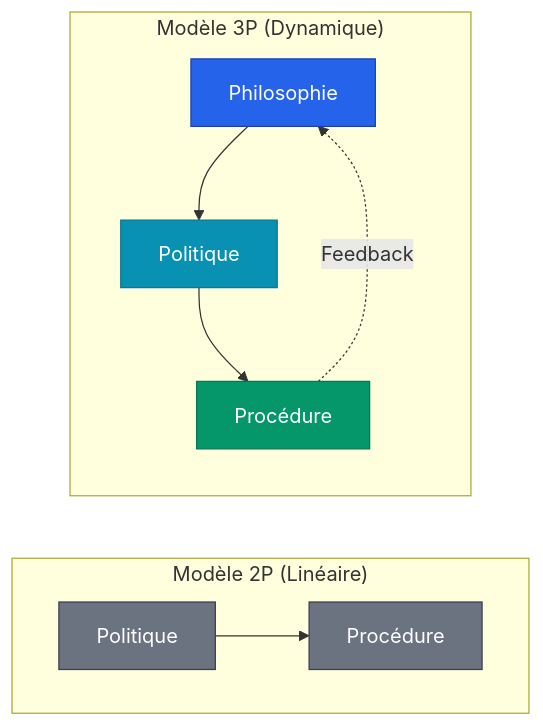
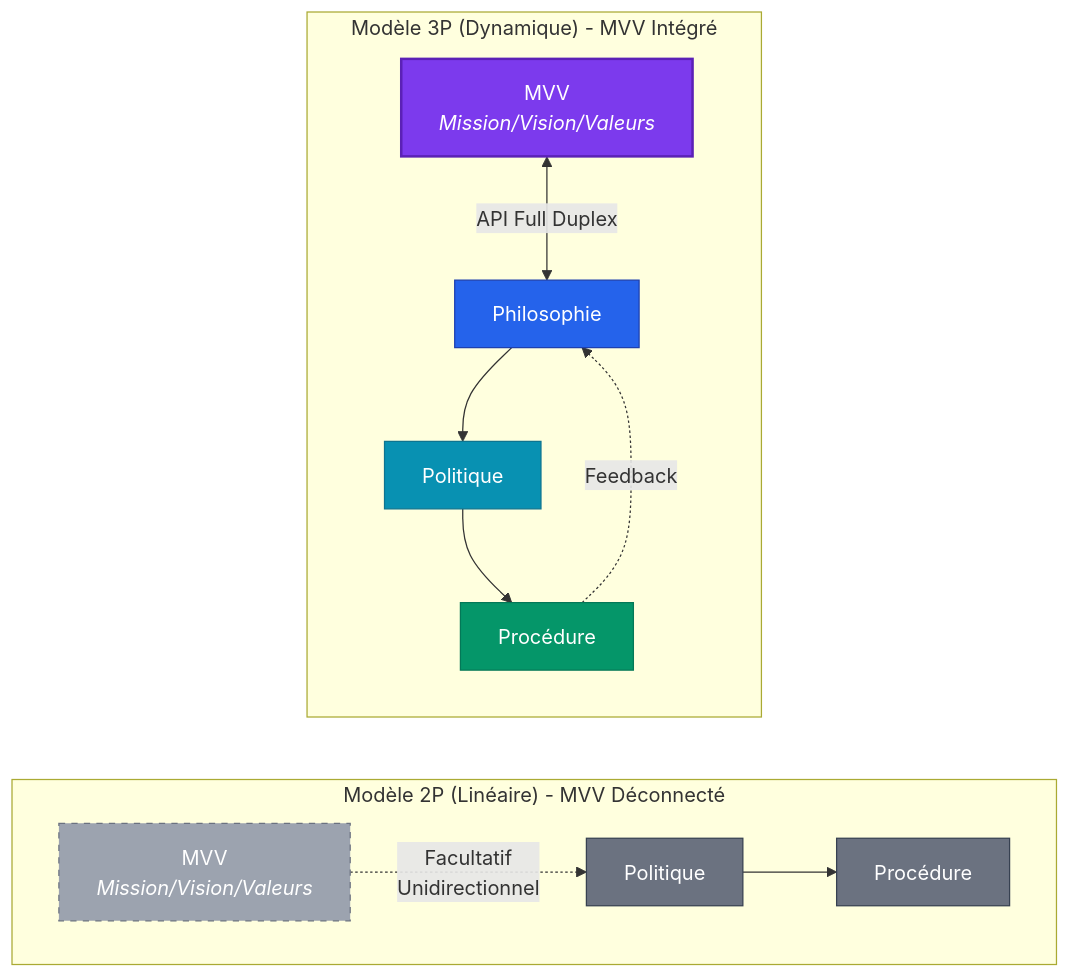
The second of 2 diagrams in README.md (funnyfisherman/3p_manifesto_Vectura_industrial), drawn with Mermaid before and after one commit. The commit also changed other lines of this file, not shown here.

Commit message:
Update diagrams: add MVV with full duplex link in 3P, dotted optional link in 2P

````diff
--- a/README.md
+++ b/README.md
@@ -94,19 +96,24 @@
 ```mermaid
 flowchart LR
-    subgraph "Modèle 2P (Linéaire)"
+    subgraph "Modèle 2P (Linéaire) - MVV Déconnecté"
     direction LR
+    MVV2P["MVV<br/><i>Mission/Vision/Valeurs</i>"]
     A[Politique] --> B[Procédure]
+    MVV2P -.->|"Facultatif<br/>Unidirectionnel"| A
+    style MVV2P fill:#9ca3af,stroke:#6b7280,stroke-dasharray: 5 5,color:#fff
     style A fill:#6b7280,stroke:#374151,color:#fff
     style B fill:#6b7280,stroke:#374151,color:#fff
     end
 
-    subgraph "Modèle 3P (Dynamique)"
+    subgraph "Modèle 3P (Dynamique) - MVV Intégré"
     direction TB
-    C[Philosophie] --> D[Politique]
+    MVV3P["MVV<br/><i>Mission/Vision/Valeurs</i>"] <-->|"API Full Duplex"| C[Philosophie]
+    C --> D[Politique]
     D --> E[Procédure]
     E -.->|Feedback| C
+    style MVV3P fill:#7c3aed,stroke:#5b21b6,stroke-width:2px,color:#fff
     style C fill:#2563eb,stroke:#1e40af,color:#fff
     style D fill:#0891b2,stroke:#0e7490,color:#fff
     style E fill:#059669,stroke:#047857,color:#fff
     end
 ```
````
